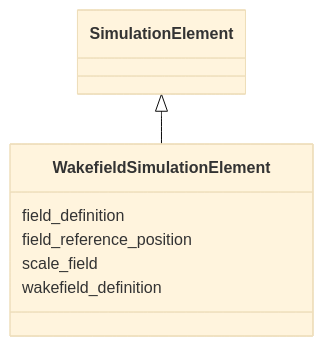
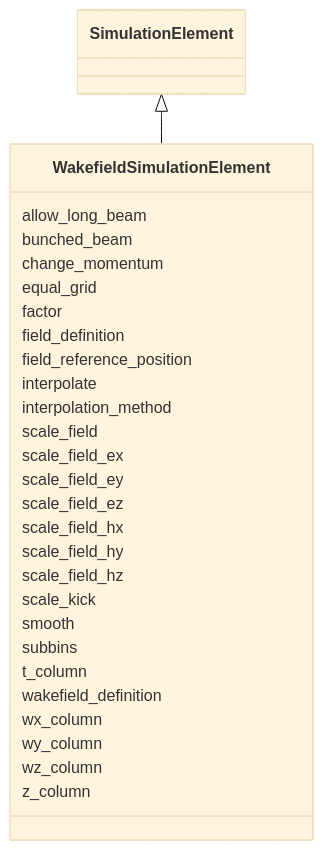
One commit to astec-stfc/laura changed the diagram in docs/source/schema/WakefieldSimulationElement.md. Above: the diagram before and after it, drawn with Mermaid (base theme). The commit also changed other lines of this file and 330 other files, not shown here.

Commit message:
Rationalising the schema and objects

````diff
--- a/docs/source/schema/WakefieldSimulationElement.md
+++ b/docs/source/schema/WakefieldSimulationElement.md
@@ -23,17 +23,59 @@
 ```mermaid
  classDiagram
     class WakefieldSimulationElement
     click WakefieldSimulationElement href "../WakefieldSimulationElement/"
       SimulationElement <|-- WakefieldSimulationElement
         click SimulationElement href "../SimulationElement/"
       
+      WakefieldSimulationElement : allow_long_beam
+        
+      WakefieldSimulationElement : bunched_beam
+        
+      WakefieldSimulationElement : change_momentum
+        
+      WakefieldSimulationElement : equal_grid
+        
+      WakefieldSimulationElement : factor
+        
       WakefieldSimulationElement : field_definition
         
       WakefieldSimulationElement : field_reference_position
         
+      WakefieldSimulationElement : interpolate
+        
+      WakefieldSimulationElement : interpolation_method
+        
       WakefieldSimulationElement : scale_field
+        
+      WakefieldSimulationElement : scale_field_ex
+        
+      WakefieldSimulationElement : scale_field_ey
+        
+      WakefieldSimulationElement : scale_field_ez
+        
+      WakefieldSimulationElement : scale_field_hx
+        
+      WakefieldSimulationElement : scale_field_hy
+        
+      WakefieldSimulationElement : scale_field_hz
+        
+      WakefieldSimulationElement : scale_kick
+        
+      WakefieldSimulationElement : smooth
+        
+      WakefieldSimulationElement : subbins
+        
+      WakefieldSimulationElement : t_column
         
       WakefieldSimulationElement : wakefield_definition
         
+      WakefieldSimulationElement : wx_column
+        
+      WakefieldSimulationElement : wy_column
+        
+      WakefieldSimulationElement : wz_column
+        
+      WakefieldSimulationElement : z_column
+        
       
 ```
````
